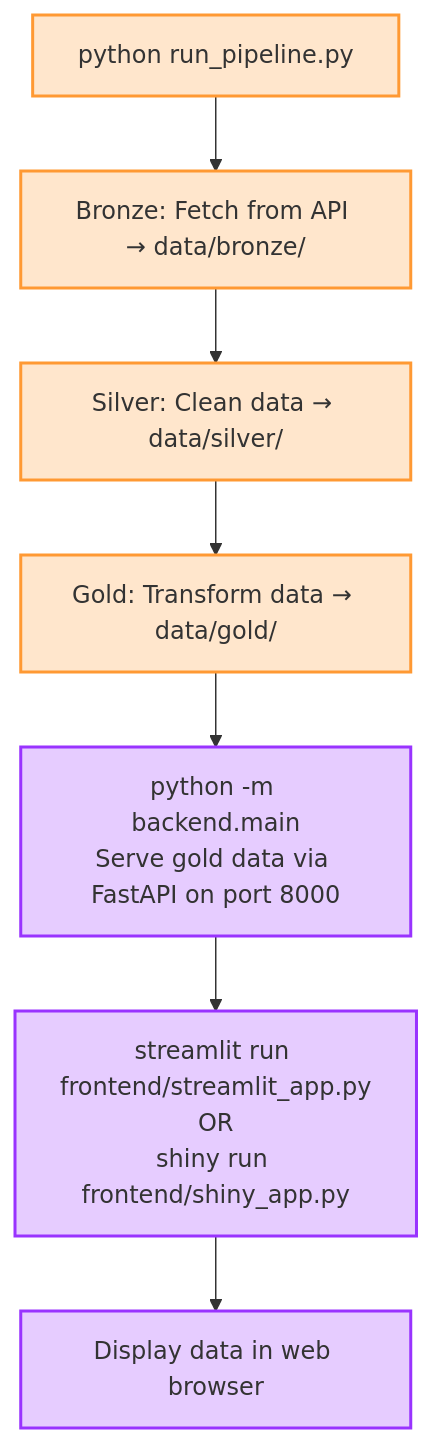
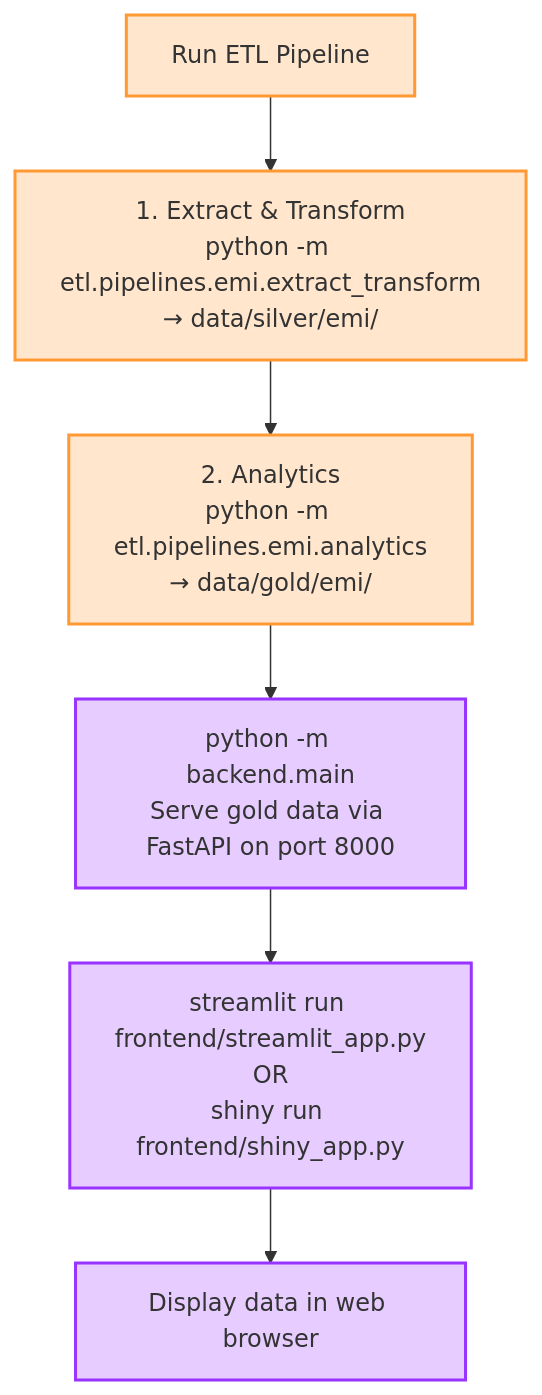
Before and after one commit to good-data-institute/rewiring-aotearoa-electrification-progress-tracker: the third of 3 diagrams in docs/ARCHITECTURE.md, drawn with Mermaid. The commit also changed other lines of this file and 12 other files, not shown here.

````diff
--- a/docs/ARCHITECTURE.md
+++ b/docs/ARCHITECTURE.md
@@ -123,24 +108,22 @@
 ```mermaid
 flowchart TB
-    Start["python run_pipeline.py"]
-    BronzeStep["Bronze: Fetch from API → data/bronze/"]
-    SilverStep["Silver: Clean data → data/silver/"]
-    GoldStep["Gold: Transform data → data/gold/"]
+    Start["Run ETL Pipeline"]
+    Extract["1. Extract & Transform<br/>python -m etl.pipelines.emi.extract_transform<br/>→ data/silver/emi/"]
+    Analytics["2. Analytics<br/>python -m etl.pipelines.emi.analytics<br/>→ data/gold/emi/"]
 
     Backend["python -m backend.main<br/>Serve gold data via FastAPI on port 8000"]
 
     Frontend["streamlit run frontend/streamlit_app.py<br/>OR<br/>shiny run frontend/shiny_app.py"]
     Display["Display data in web browser"]
 
-    Start --> BronzeStep
-    BronzeStep --> SilverStep
-    SilverStep --> GoldStep
-    GoldStep --> Backend
+    Start --> Extract
+    Extract --> Analytics
+    Analytics --> Backend
     Backend --> Frontend
     Frontend --> Display
 
     classDef pipelineStyle fill:#ffe6cc,stroke:#ff9933,stroke-width:2px
     classDef serverStyle fill:#e6ccff,stroke:#9933ff,stroke-width:2px
-    class Start,BronzeStep,SilverStep,GoldStep pipelineStyle
+    class Start,Extract,Analytics pipelineStyle
     class Backend,Frontend,Display serverStyle
 ```
````
